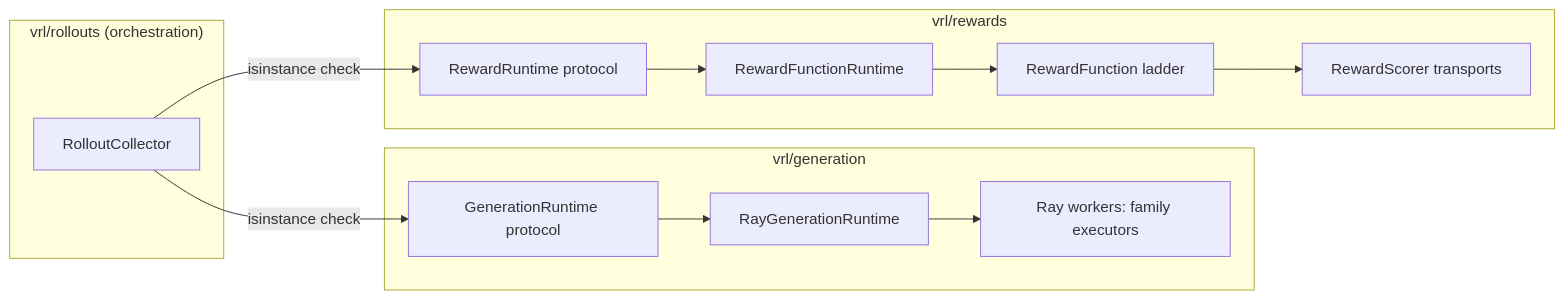
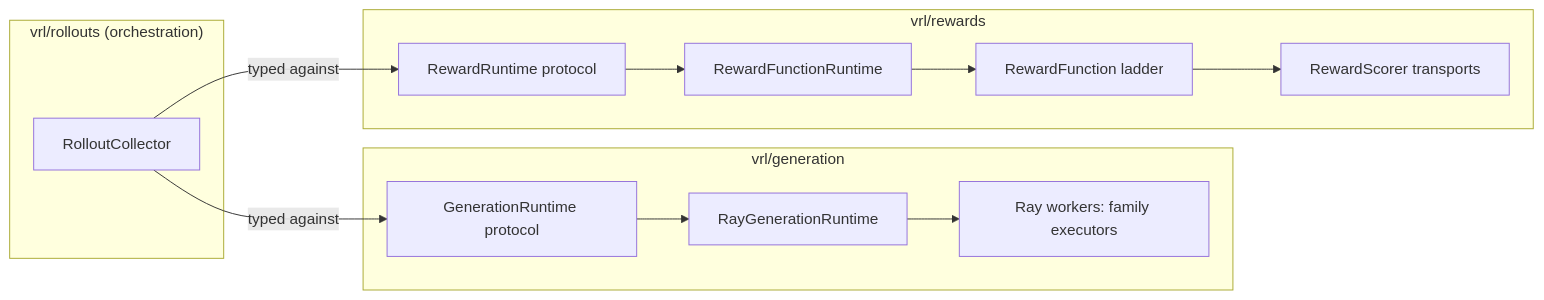
One commit to guoriyue/VRL changed the first of 3 diagrams in docs/ENGINE_ARCHITECTURE.md. Above: the diagram before and after it, drawn with Mermaid. The commit also changed other lines of this file and 9 other files, not shown here.

````diff
--- a/docs/ENGINE_ARCHITECTURE.md
+++ b/docs/ENGINE_ARCHITECTURE.md
@@ -12,16 +12,16 @@
 ```mermaid
 flowchart LR
     subgraph rollouts["vrl/rollouts (orchestration)"]
         C[RolloutCollector]
     end
     subgraph gen["vrl/generation"]
         GR[GenerationRuntime protocol] --> RGR[RayGenerationRuntime]
         RGR --> W[Ray workers: family executors]
     end
     subgraph rew["vrl/rewards"]
         RR[RewardRuntime protocol] --> RFR[RewardFunctionRuntime]
         RFR --> RF[RewardFunction ladder] --> SC[RewardScorer transports]
     end
-    C -- "isinstance check" --> GR
-    C -- "isinstance check" --> RR
+    C -- "typed against" --> GR
+    C -- "typed against" --> RR
 ```
````
